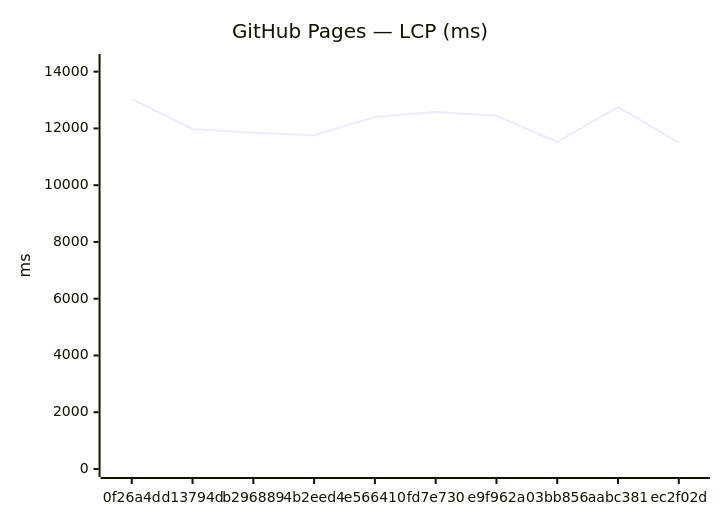
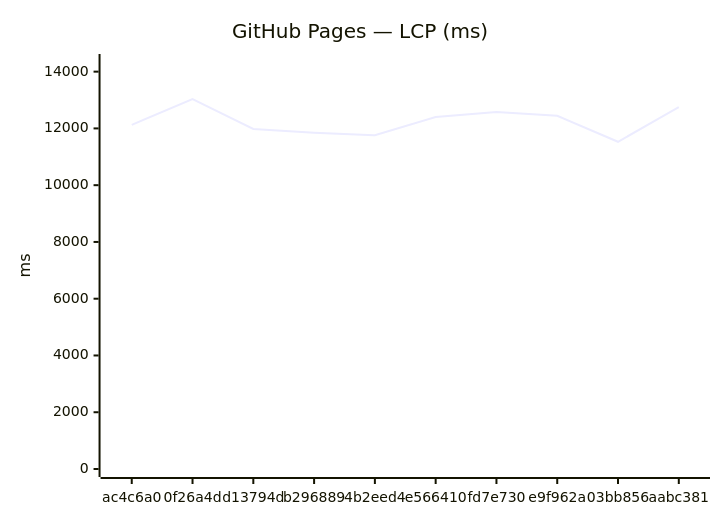
One commit to Metaheurist/Rianell changed the third of 18 diagrams in benchmarks/compare.md. Above: the diagram before and after it, drawn with Mermaid. The commit also changed other lines of this file and 11 other files, not shown here.

````diff
--- a/benchmarks/compare.md
+++ b/benchmarks/compare.md
@@ -54,7 +54,7 @@
 ```mermaid
 xychart-beta
     title "GitHub Pages — LCP (ms)"
-    x-axis ["0f26a4d", "d13794d", "b296889", "4b2eed4", "e566410", "fd7e730", "e9f962a", "03bb856", "aabc381", "ec2f02d"]
+    x-axis ["ac4c6a0", "0f26a4d", "d13794d", "b296889", "4b2eed4", "e566410", "fd7e730", "e9f962a", "03bb856", "aabc381"]
     y-axis "ms" 0 --> 14340
-    line [13036, 11979, 11847, 11759, 12402, 12580, 12444, 11529, 12751, 11500]
+    line [12127, 13036, 11979, 11847, 11759, 12402, 12580, 12444, 11529, 12751]
 ```
````
